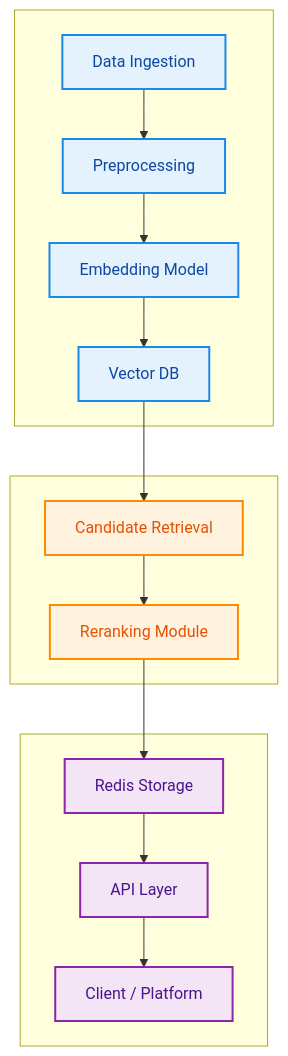
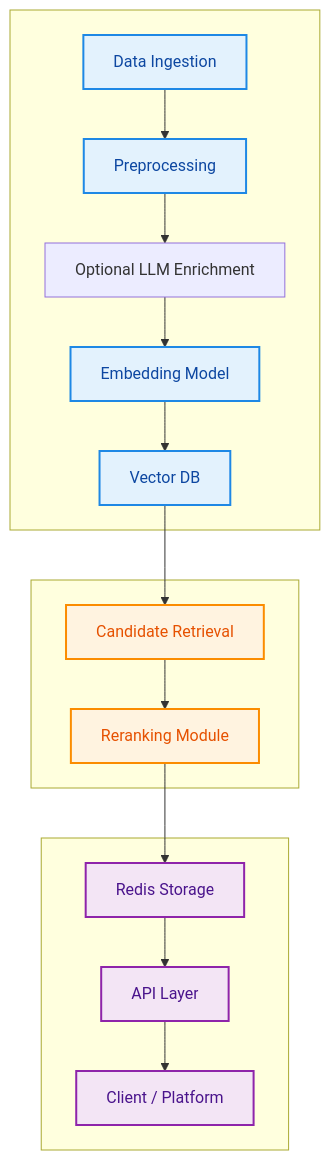
Before and after one commit to datagems-eosc/dataset-recsys: the diagram in docs/source/architecture.md, drawn with Mermaid. The commit also changed other lines of this file and 1 other file, not shown here.

Commit message:
> update docs to include llm enrichment step

````diff
--- a/docs/source/architecture.md
+++ b/docs/source/architecture.md
@@ -7,38 +7,39 @@
 ```mermaid
 %%{init: {'flowchart': {'nodeSpacing': 22, 'rankSpacing': 22, 'curve': 'linear'}, 'themeVariables': {'fontSize': '12px', 'lineColor': '#9E9E9E', 'edgeLabelBackground':'#ffffff', 'primaryBorderColor':'#BDBDBD', 'clusterBorder':'#E0E0E0', 'lineWidth':'0\.9px'}}}%%
 flowchart TB
 
 
     %% Representation Pipeline
     subgraph Representation[ ]
         A[Data Ingestion] --> B[Preprocessing]
-        B --> C[Embedding Model]
+        B --> E[Optional LLM Enrichment]
+        E --> C[Embedding Model]
         C --> D[Vector DB]
     end
 
 
     %% Retrieval
     subgraph Retrieval[ ]
         D --> F[Candidate Retrieval]
         F --> G[Reranking Module]
     end
 
 
     %% Serving
     subgraph Serving[ ]
         G --> I[Redis Storage]
         I --> J[API Layer]
         J --> K[Client / Platform]
     end
 
     %% Styling
     classDef update fill:#E3F2FD,stroke:#1E88E5,stroke-width:2px,color:#0D47A1;
     classDef retrieval fill:#FFF3E0,stroke:#FB8C00,stroke-width:2px,color:#E65100;
     classDef serving fill:#F3E5F5,stroke:#8E24AA,stroke-width:2px,color:#4A148C;
     classDef header fill:#FFFFFF,stroke:#BDBDBD,stroke-width:1.5px,color:#333333;
 
     class A,B,C,D update;
     class F,G retrieval;
     class I,J,K serving;
 
 ```
````
